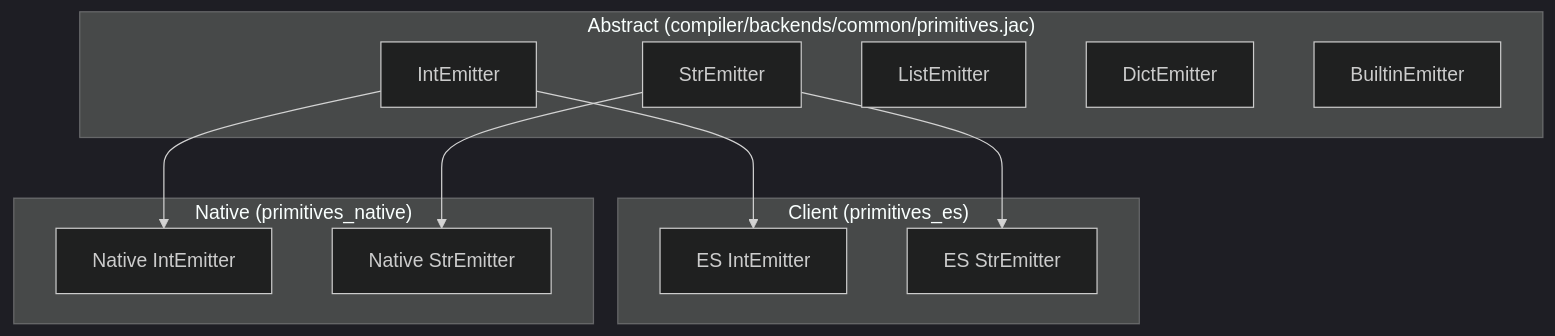
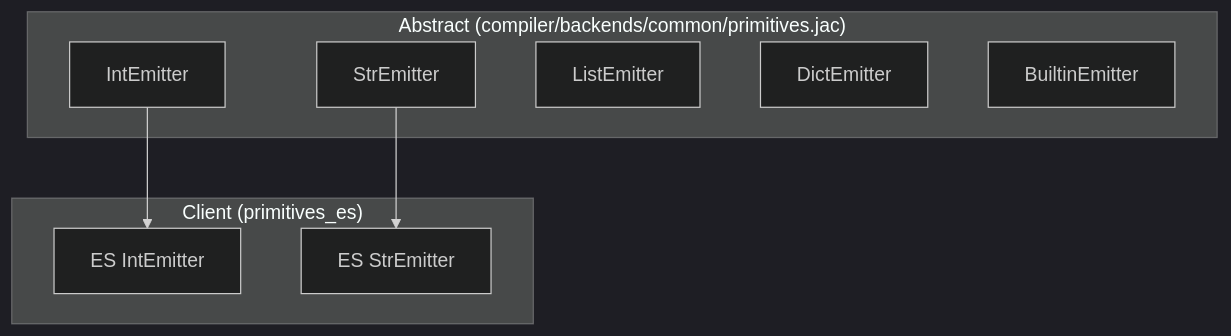
The third of 3 diagrams in jac/jaclang/cli/docs/internals/compiler_architecture.md (jaseci-labs/jac), drawn with Mermaid (dark theme) before and after one commit. The commit also changed other lines of this file and 43 other files, not shown here.

````diff
--- a/jac/jaclang/cli/docs/internals/compiler_architecture.md
+++ b/jac/jaclang/cli/docs/internals/compiler_architecture.md
@@ -698,25 +702,18 @@
 ```mermaid
 graph TD
     subgraph "Abstract (compiler/backends/common/primitives.jac)"
         INT[IntEmitter]
         STR[StrEmitter]
         LIST[ListEmitter]
         DICT[DictEmitter]
         BLT[BuiltinEmitter]
     end
 
     subgraph "Client (primitives_es)"
         EsInt[ES IntEmitter]
         EsStr[ES StrEmitter]
     end
 
-    subgraph "Native (primitives_native)"
-        NaInt[Native IntEmitter]
-        NaStr[Native StrEmitter]
-    end
-
     INT --> EsInt
-    INT --> NaInt
     STR --> EsStr
-    STR --> NaStr
 ```
````
